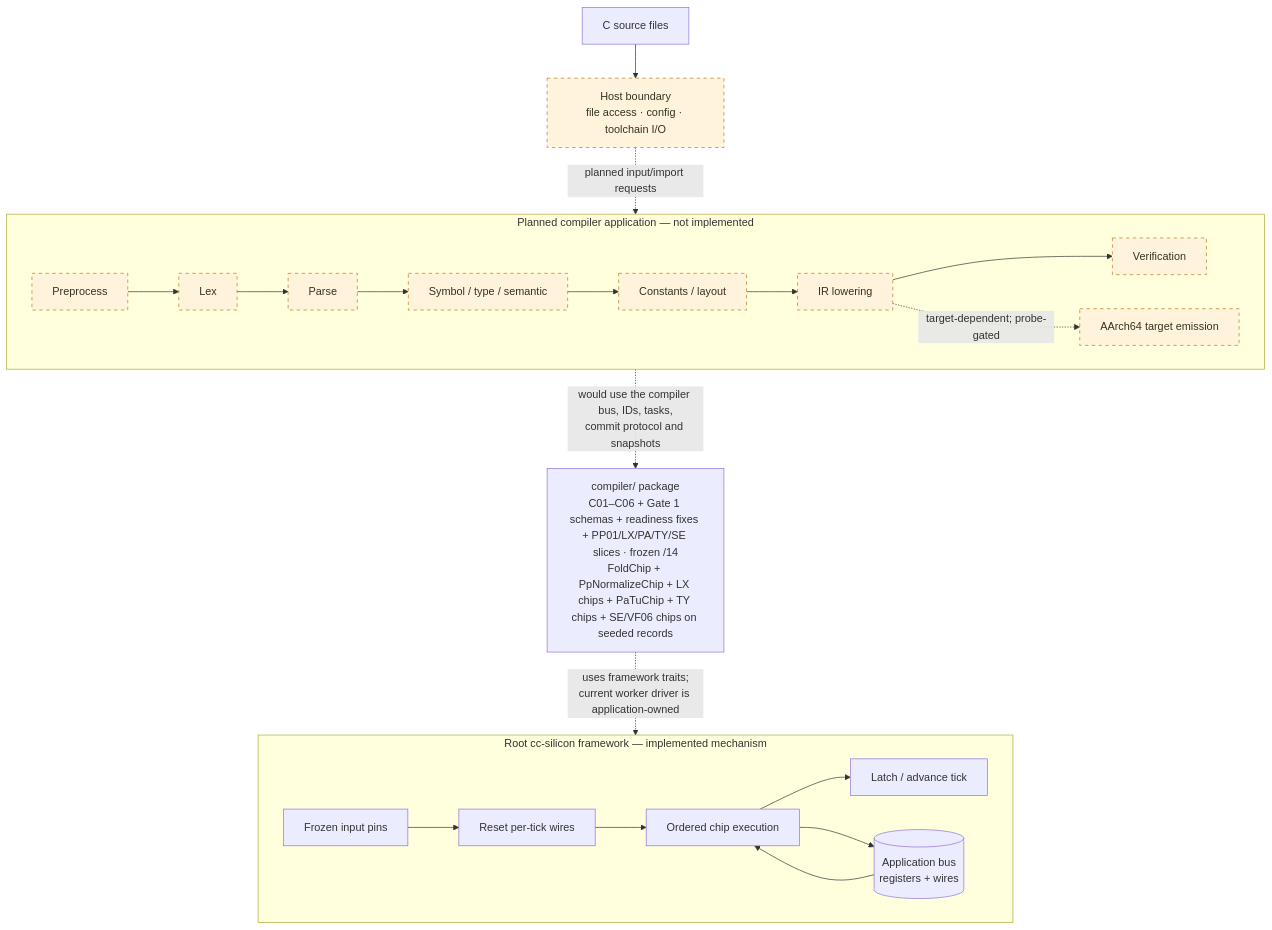
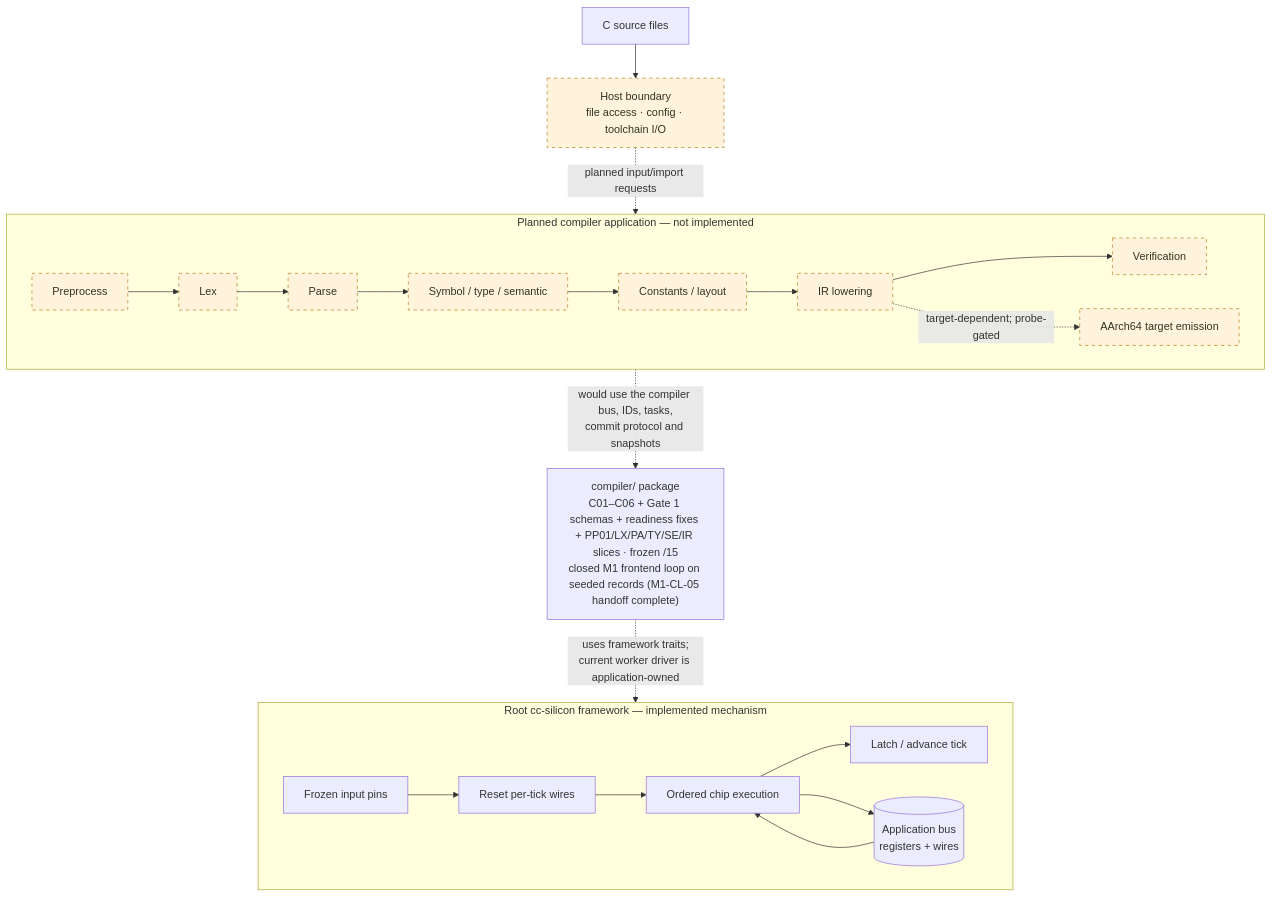
The first of 2 diagrams in README.md (immane/cc-silicon), drawn with Mermaid before and after one commit. The commit also changed other lines of this file and 19 other files, not shown here.

````diff
--- a/README.md
+++ b/README.md
@@ -130,28 +130,28 @@
 ```mermaid
 flowchart TB
     SRC["C source files"] --> HOST["Host boundary<br/>file access · config · toolchain I/O"]
     HOST -. "planned input/import requests" .-> PIPE
 
     subgraph PIPE["Planned compiler application — not implemented"]
         direction LR
         PP["Preprocess"] --> LEX["Lex"] --> PARSE["Parse"] --> SEM["Symbol / type / semantic"]
         SEM --> CONST["Constants / layout"] --> IR["IR lowering"] --> VERIFY["Verification"]
         IR -. "target-dependent; probe-gated" .-> TARGET["AArch64 target emission"]
     end
 
-    FOUNDATION["compiler/ package<br/>C01–C06 + Gate 1 schemas + readiness fixes + PP01/LX/PA/TY/SE slices · frozen /14<br/>FoldChip + PpNormalizeChip + LX chips + PaTuChip + TY chips + SE/VF06 chips on seeded records"]
+    FOUNDATION["compiler/ package<br/>C01–C06 + Gate 1 schemas + readiness fixes + PP01/LX/PA/TY/SE/IR slices · frozen /15<br/>closed M1 frontend loop on seeded records (M1-CL-05 handoff complete)"]
     PIPE -. "would use the compiler bus, IDs, tasks,<br/>commit protocol and snapshots" .-> FOUNDATION
 
     subgraph RUNTIME["Root cc-silicon framework — implemented mechanism"]
         direction LR
         PINS["Frozen input pins"] --> RESET["Reset per-tick wires"] --> CHIPS["Ordered chip execution"]
         CHIPS --> LATCH["Latch / advance tick"]
         BUS[("Application bus<br/>registers + wires")]
         BUS --> CHIPS
         CHIPS --> BUS
     end
     FOUNDATION -. "uses framework traits;<br/>current worker driver is application-owned" .-> RUNTIME
 
     classDef planned fill:#fff4db,stroke:#b7791f,stroke-dasharray:5 5,color:#332;
     class PP,LEX,PARSE,SEM,CONST,IR,VERIFY,TARGET,HOST planned;
 ```
````
